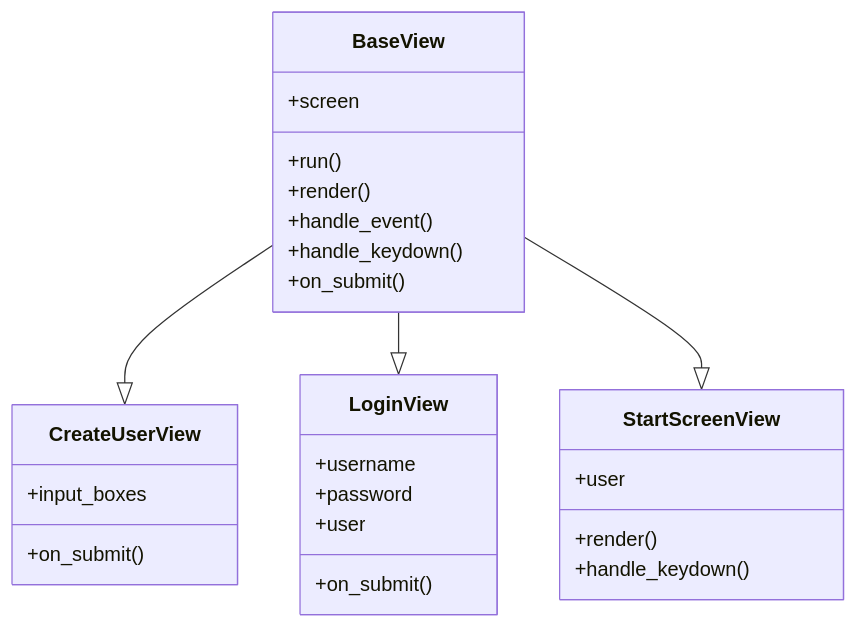
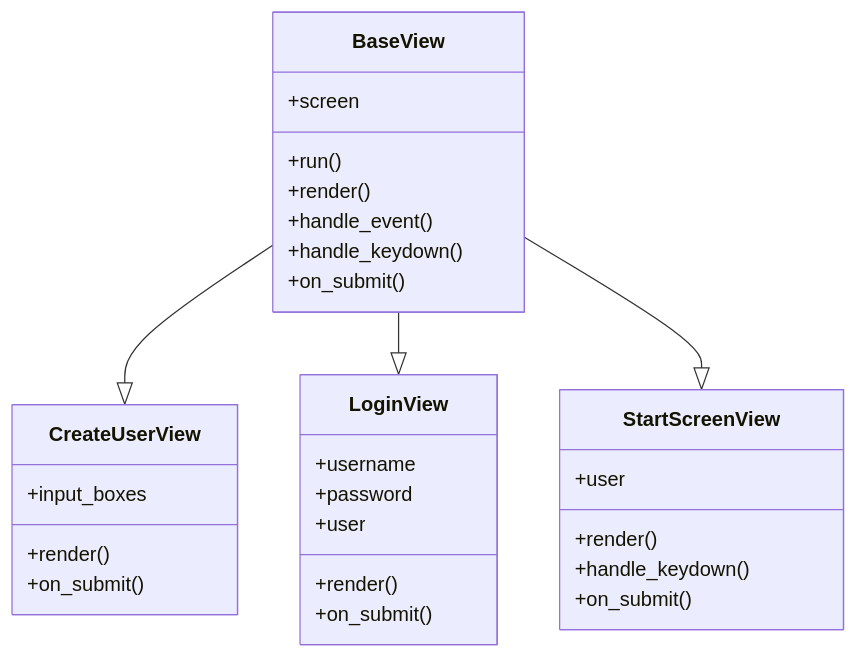
Before and after one commit to Tapir79/ot-harjoitustyo: the third of 13 diagrams in dokumentaatio/arkkitehtuuri.md, drawn with Mermaid. The commit also changed other lines of this file and 5 other files, not shown here.

````diff
--- a/dokumentaatio/arkkitehtuuri.md
+++ b/dokumentaatio/arkkitehtuuri.md
@@ -41,36 +41,39 @@
 ```mermaid 
 classDiagram
 
     class BaseView {
         +screen
         +run()
         +render()
         +handle_event()
         +handle_keydown()
         +on_submit()
     }
 
     class CreateUserView {
         +input_boxes
+        +render()
         +on_submit()
     }
 
     class LoginView {
         +username
         +password
         +user
+        +render()
         +on_submit()
     }
 
     class StartScreenView {
         +user
         +render()
         +handle_keydown()
+        +on_submit()
     }
 
     %% Inheritance
     BaseView --|>  CreateUserView 
     BaseView --|>  LoginView 
     BaseView --|>  StartScreenView
 
 ```
````
